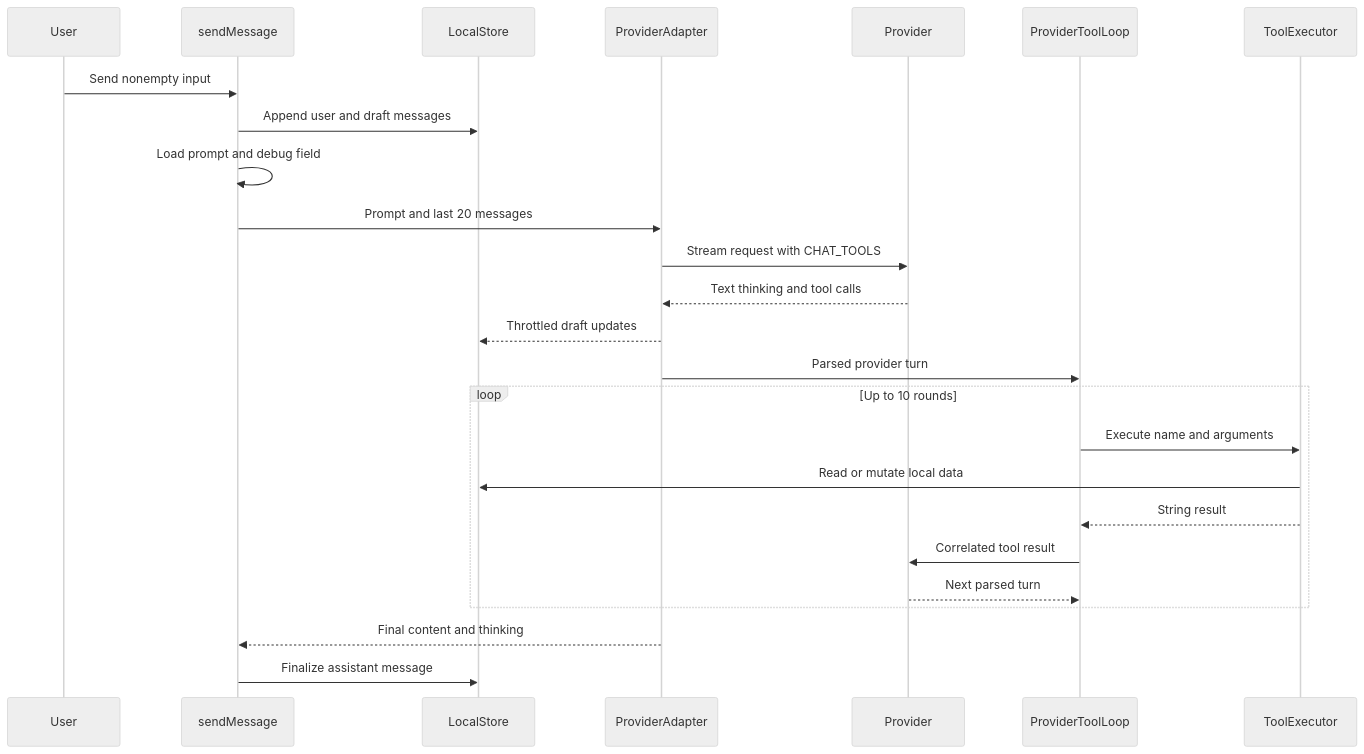
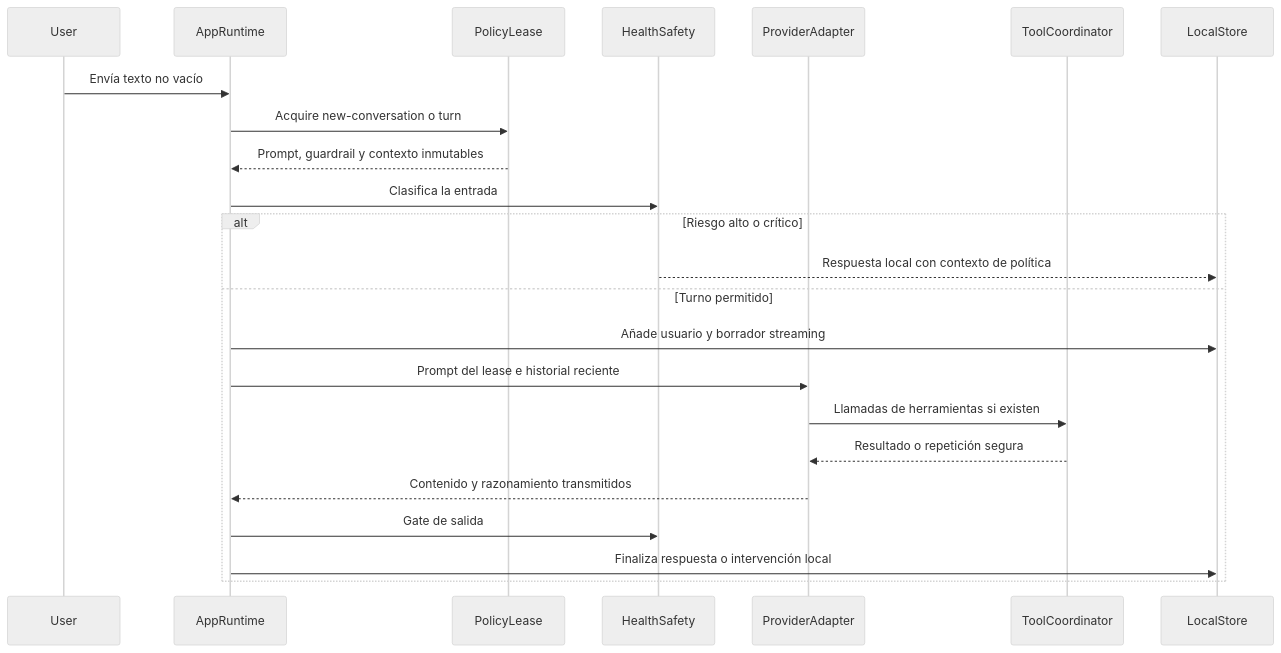
Before and after one commit to maximofn/gymnasia: the diagram in openwiki/agent/runtime.md, drawn with Mermaid (neutral theme). The commit also changed other lines of this file and 24 other files, not shown here.

````diff
--- a/openwiki/agent/runtime.md
+++ b/openwiki/agent/runtime.md
@@ -49,27 +57,25 @@
 ```mermaid
 sequenceDiagram
     participant User
-    participant Send as sendMessage
+    participant App as AppRuntime
+    participant Lease as PolicyLease
+    participant Safety as HealthSafety
+    participant Provider as ProviderAdapter
+    participant Tool as ToolCoordinator
     participant Store as LocalStore
-    participant Adapter as ProviderAdapter
-    participant Provider
-    participant ToolLoop as ProviderToolLoop
-    participant Executor as ToolExecutor
-    User->>Send: Send nonempty input
-    Send->>Store: Append user and draft messages
-    Send->>Send: Load prompt and debug field
-    Send->>Adapter: Prompt and last 20 messages
-    Adapter->>Provider: Stream request with CHAT_TOOLS
-    Provider-->>Adapter: Text thinking and tool calls
-    Adapter-->>Store: Throttled draft updates
-    Adapter->>ToolLoop: Parsed provider turn
-    loop Up to 10 rounds
-        ToolLoop->>Executor: Execute name and arguments
-        Executor->>Store: Read or mutate local data
-        Executor-->>ToolLoop: String result
-        ToolLoop->>Provider: Correlated tool result
-        Provider-->>ToolLoop: Next parsed turn
+    User->>App: Envía texto no vacío
+    App->>Lease: Acquire new-conversation o turn
+    Lease-->>App: Prompt, guardrail y contexto inmutables
+    App->>Safety: Clasifica la entrada
+    alt Riesgo alto o crítico
+        Safety-->>Store: Respuesta local con contexto de política
+    else Turno permitido
+        App->>Store: Añade usuario y borrador streaming
+        App->>Provider: Prompt del lease e historial reciente
+        Provider->>Tool: Llamadas de herramientas si existen
+        Tool-->>Provider: Resultado o repetición segura
+        Provider-->>App: Contenido y razonamiento transmitidos
+        App->>Safety: Gate de salida
+        App->>Store: Finaliza respuesta o intervención local
     end
-    Adapter-->>Send: Final content and thinking
-    Send->>Store: Finalize assistant message
 ```
````
